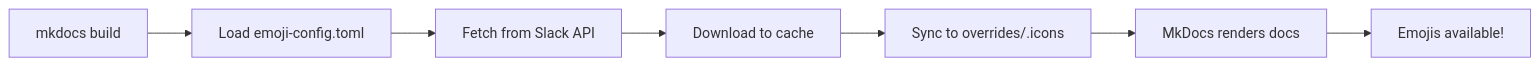
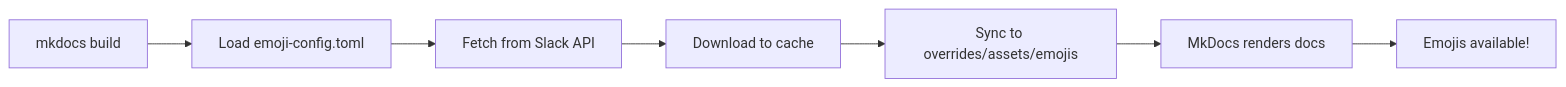
One commit to julie-dujardin/mkdocs-external-custom-emojis changed the diagram in docs/index.md. Above: the diagram before and after it, drawn with Mermaid. The commit also changed other lines of this file and 6 other files, not shown here.

Commit message:
refactor: move emojis to assets

````diff
--- a/docs/index.md
+++ b/docs/index.md
@@ -64,9 +64,9 @@
 ```mermaid
 graph LR
     A[mkdocs build] --> B[Load emoji-config.toml]
     B --> C[Fetch from Slack API]
     C --> D[Download to cache]
-    D --> E[Sync to overrides/.icons]
+    D --> E[Sync to overrides/assets/emojis]
     E --> F[MkDocs renders docs]
     F --> G[Emojis available!]
 ```
````
